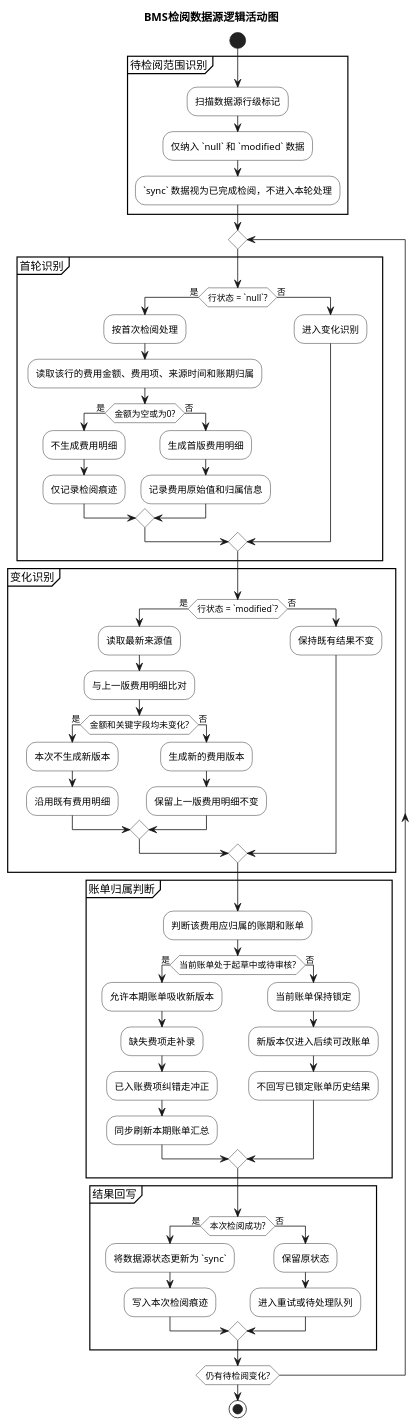
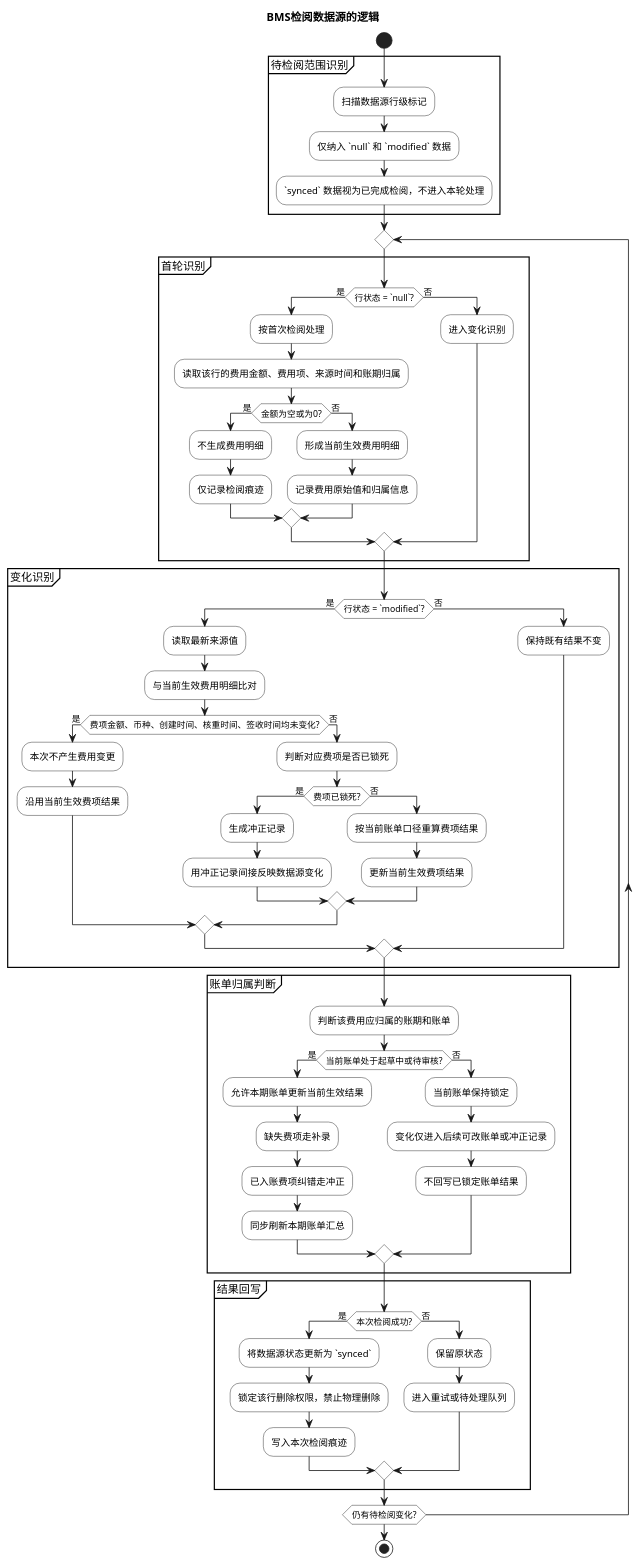
The seventh of 7 diagrams in product-caliber/bms/prd/账单生成机制.PRD.md (jack888332/projects-doc), drawn with PlantUML before and after one commit. The commit also changed other lines of this file, not shown here.

````diff
--- a/product-caliber/bms/prd/账单生成机制.PRD.md
+++ b/product-caliber/bms/prd/账单生成机制.PRD.md
@@ -1190,72 +1192,79 @@
 ```plantuml
 @startuml
-title BMS检阅数据源逻辑活动图
+title BMS检阅数据源的逻辑
 skinparam shadowing false
 skinparam DefaultTextAlignment center
 skinparam activity {
   BackgroundColor White
   BorderColor Black
 }
 start
-partition "待检阅范围识别" {
+  partition "待检阅范围识别" {
   :扫描数据源行级标记;
   :仅纳入 `null` 和 `modified` 数据;
-  :`sync` 数据视为已完成检阅，不进入本轮处理;
+  :`synced` 数据视为已完成检阅，不进入本轮处理;
 }
 repeat
   partition "首轮识别" {
     if (行状态 = `null`?) then (是)
       :按首次检阅处理;
       :读取该行的费用金额、费用项、来源时间和账期归属;
       if (金额为空或为0?) then (是)
         :不生成费用明细;
         :仅记录检阅痕迹;
       else (否)
-        :生成首版费用明细;
+        :形成当前生效费用明细;
         :记录费用原始值和归属信息;
       endif
     else (否)
       :进入变化识别;
     endif
   }
   partition "变化识别" {
     if (行状态 = `modified`?) then (是)
       :读取最新来源值;
-      :与上一版费用明细比对;
-      if (金额和关键字段均未变化?) then (是)
-        :本次不生成新版本;
-        :沿用既有费用明细;
+      :与当前生效费用明细比对;
+      if (费项金额、币种、创建时间、核重时间、签收时间均未变化?) then (是)
+        :本次不产生费用变更;
+        :沿用当前生效费项结果;
       else (否)
-        :生成新的费用版本;
-        :保留上一版费用明细不变;
+        :判断对应费项是否已锁死;
+        if (费项已锁死?) then (是)
+          :生成冲正记录;
+          :用冲正记录间接反映数据源变化;
+        else (否)
+          :按当前账单口径重算费项结果;
+          :更新当前生效费项结果;
+        endif
       endif
     else (否)
       :保持既有结果不变;
     endif
   }
   partition "账单归属判断" {
     :判断该费用应归属的账期和账单;
     if (当前账单处于起草中或待审核?) then (是)
-      :允许本期账单吸收新版本;
+      :允许本期账单更新当前生效结果;
       :缺失费项走补录;
       :已入账费项纠错走冲正;
       :同步刷新本期账单汇总;
     else (否)
       :当前账单保持锁定;
-      :新版本仅进入后续可改账单;
-      :不回写已锁定账单历史结果;
+      :变化仅进入后续可改账单或冲正记录;
+      :不回写已锁定账单结果;
     endif
   }
   partition "结果回写" {
     if (本次检阅成功?) then (是)
-      :将数据源状态更新为 `sync`;
+      :将数据源状态更新为 `synced`;
+      :锁定该行删除权限，禁止物理删除;
       :写入本次检阅痕迹;
     else (否)
       :保留原状态;
       :进入重试或待处理队列;
     endif
   }
 repeat while (仍有待检阅变化?)
 stop
 @enduml
 ```
````
